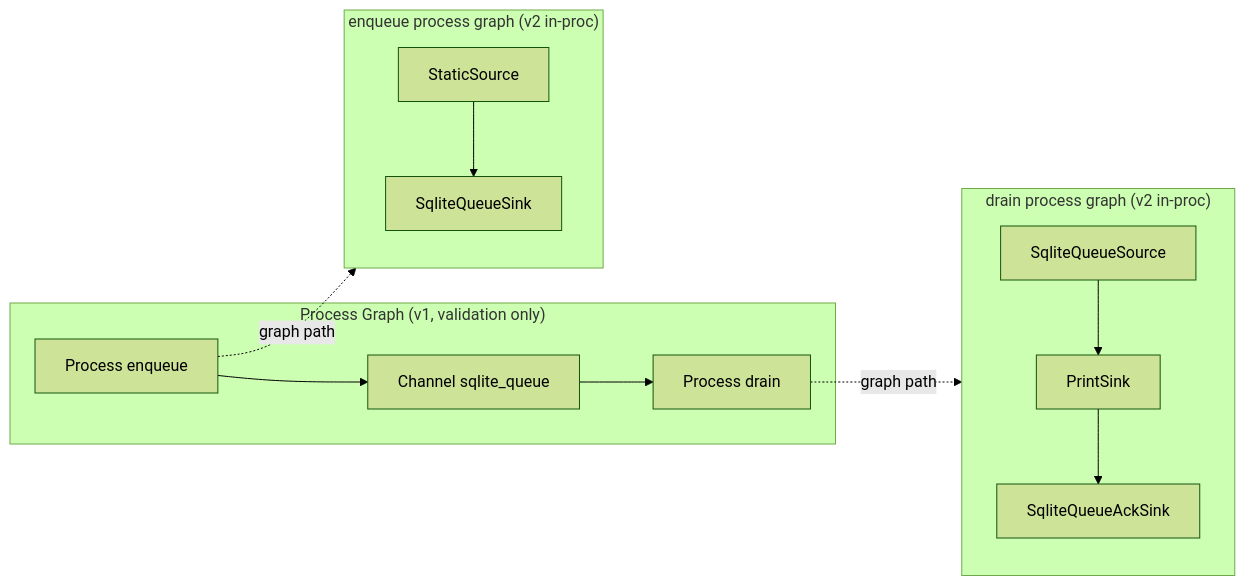
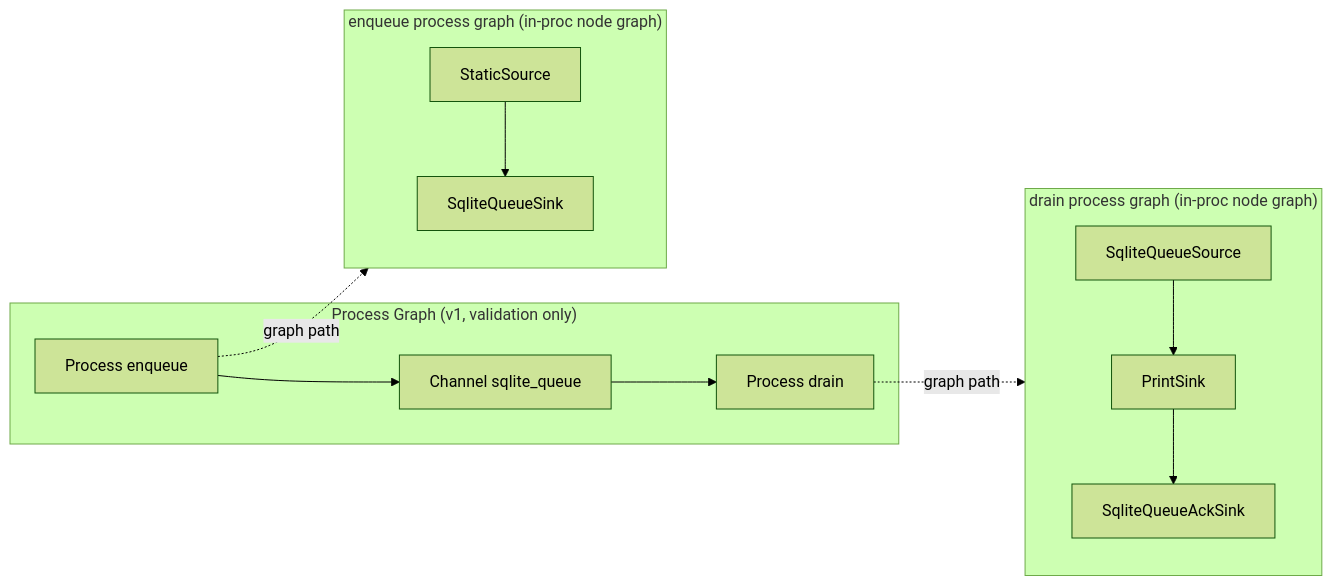
One commit to KyunghoCha/schnitzel-stream-platform changed the first of 2 diagrams in docs/guides/process_graph_foundation_guide.md. Above: the diagram before and after it, drawn with Mermaid (forest theme). The commit also changed other lines of this file and 150 other files, not shown here.

First line of the commit message:
Remove v2 graph labels from node graph surface

````diff
--- a/docs/guides/process_graph_foundation_guide.md
+++ b/docs/guides/process_graph_foundation_guide.md
@@ -16,25 +16,25 @@
 ```mermaid
 flowchart LR
   subgraph PG["Process Graph (v1, validation only)"]
     P1["Process enqueue"]
     P2["Process drain"]
     C["Channel sqlite_queue"]
   end
 
-  subgraph G1["enqueue process graph (v2 in-proc)"]
+  subgraph G1["enqueue process graph (in-proc node graph)"]
     A["StaticSource"]
     B["SqliteQueueSink"]
     A --> B
   end
 
-  subgraph G2["drain process graph (v2 in-proc)"]
+  subgraph G2["drain process graph (in-proc node graph)"]
     D["SqliteQueueSource"]
     E["PrintSink"]
     F["SqliteQueueAckSink"]
     D --> E --> F
   end
 
   P1 -. "graph path" .-> G1
   P2 -. "graph path" .-> G2
   P1 --> C --> P2
 ```
````
